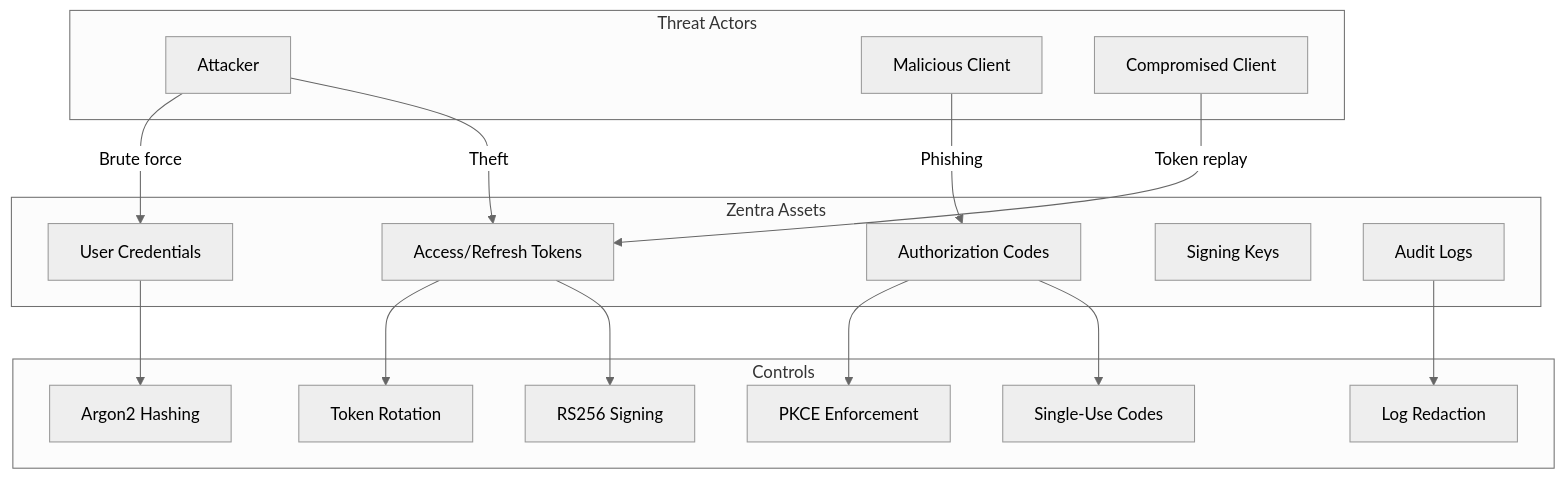
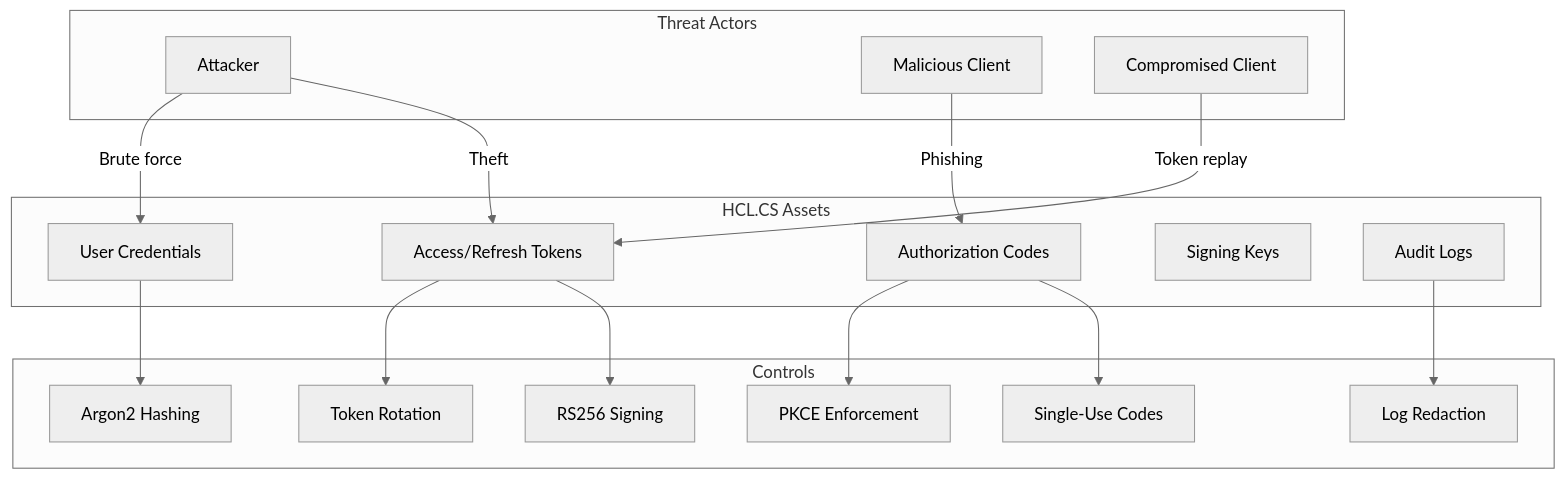
The tenth of 10 diagrams in docs/03-SECURITY-ARCHITECTURE.md (feroz-hub/SF), drawn with Mermaid (neutral theme) before and after one commit. The commit also changed other lines of this file and 2233 other files, not shown here.

````diff
--- a/docs/03-SECURITY-ARCHITECTURE.md
+++ b/docs/03-SECURITY-ARCHITECTURE.md
@@ -637,37 +637,37 @@
 ```mermaid
 flowchart TB
     subgraph "Threat Actors"
         ATTACKER[Attacker]
         MALICIOUS[Malicious Client]
         COMPROMISED[Compromised Client]
     end
     
-    subgraph "Zentra Assets"
+    subgraph "HCL.CS Assets"
         USERS[User Credentials]
         TOKENS[Access/Refresh Tokens]
         CODES[Authorization Codes]
         KEYS[Signing Keys]
         AUDIT[Audit Logs]
     end
     
     subgraph "Controls"
         PKCE[PKCE Enforcement]
         ROTATION[Token Rotation]
         CONSUMPTION[Single-Use Codes]
         HASHING[Argon2 Hashing]
         SIGNING[RS256 Signing]
         REDACTION[Log Redaction]
     end
     
     ATTACKER -->|Brute force| USERS
     ATTACKER -->|Theft| TOKENS
     MALICIOUS -->|Phishing| CODES
     COMPROMISED -->|Token replay| TOKENS
     
     USERS --> HASHING
     TOKENS --> ROTATION
     TOKENS --> SIGNING
     CODES --> PKCE
     CODES --> CONSUMPTION
     AUDIT --> REDACTION
 ```
````
